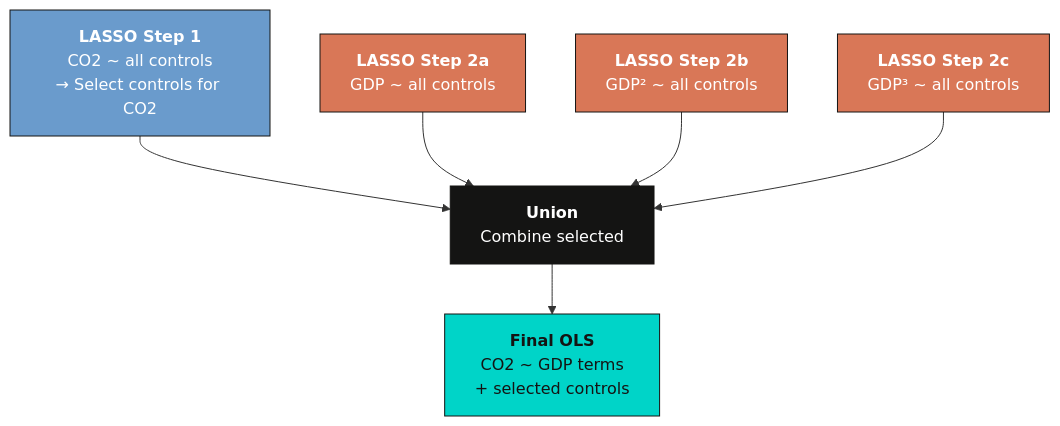
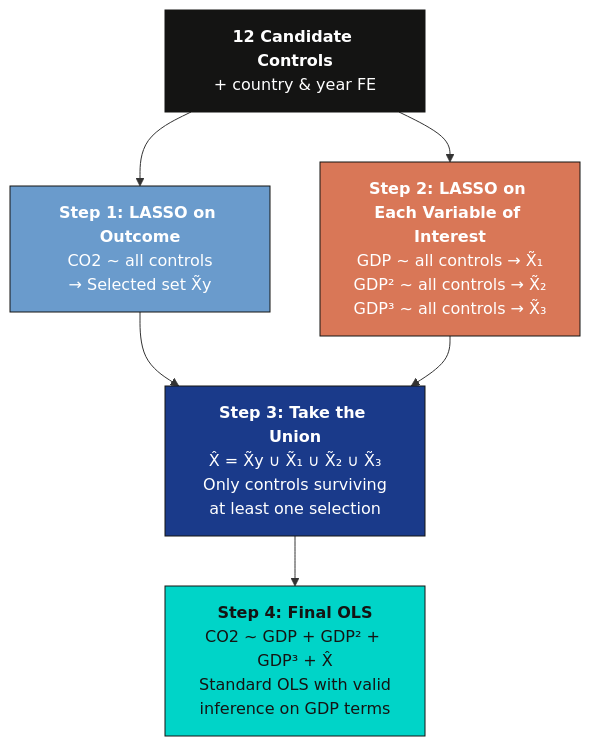
Before and after one commit to cmg777/starter-academic-v501: the fourth of 4 diagrams in content/post/stata_bma_dsl/index.md, drawn with Mermaid. The commit also changed other lines of this file, not shown here.

````diff
--- a/content/post/stata_bma_dsl/index.md
+++ b/content/post/stata_bma_dsl/index.md
@@ -416,22 +421,18 @@
 ```mermaid
 graph TD
-    Step1["<b>LASSO Step 1</b><br/>CO2 ~ all controls<br/>→ Select controls for CO2"]
-    Step2a["<b>LASSO Step 2a</b><br/>GDP ~ all controls"]
-    Step2b["<b>LASSO Step 2b</b><br/>GDP² ~ all controls"]
-    Step2c["<b>LASSO Step 2c</b><br/>GDP³ ~ all controls"]
-    Union["<b>Union</b><br/>Combine selected"]
-    OLS["<b>Final OLS</b><br/>CO2 ~ GDP terms<br/>+ selected controls"]
+    Controls["<b>12 Candidate Controls</b><br/>+ country & year FE"]
 
-    Step1 --> Union
-    Step2a --> Union
-    Step2b --> Union
-    Step2c --> Union
-    Union --> OLS
+    Controls --> Step1["<b>Step 1: LASSO on Outcome</b><br/>CO2 ~ all controls<br/>→ Selected set X̃y"]
+    Controls --> Step2["<b>Step 2: LASSO on Each Variable of Interest</b><br/>GDP ~ all controls → X̃₁<br/>GDP² ~ all controls → X̃₂<br/>GDP³ ~ all controls → X̃₃"]
 
+    Step1 --> Union["<b>Step 3: Take the Union</b><br/>X̂ = X̃y ∪ X̃₁ ∪ X̃₂ ∪ X̃₃<br/>Only controls surviving<br/>at least one selection"]
+    Step2 --> Union
+
+    Union --> OLS["<b>Step 4: Final OLS</b><br/>CO2 ~ GDP + GDP² + GDP³ + X̂<br/>Standard OLS with valid<br/>inference on GDP terms"]
+
+    style Controls fill:#141413,stroke:#141413,color:#fff
     style Step1 fill:#6a9bcc,stroke:#141413,color:#fff
-    style Step2a fill:#d97757,stroke:#141413,color:#fff
-    style Step2b fill:#d97757,stroke:#141413,color:#fff
-    style Step2c fill:#d97757,stroke:#141413,color:#fff
-    style Union fill:#141413,stroke:#141413,color:#fff
+    style Step2 fill:#d97757,stroke:#141413,color:#fff
+    style Union fill:#1a3a8a,stroke:#141413,color:#fff
     style OLS fill:#00d4c8,stroke:#141413,color:#141413
 ```
````
